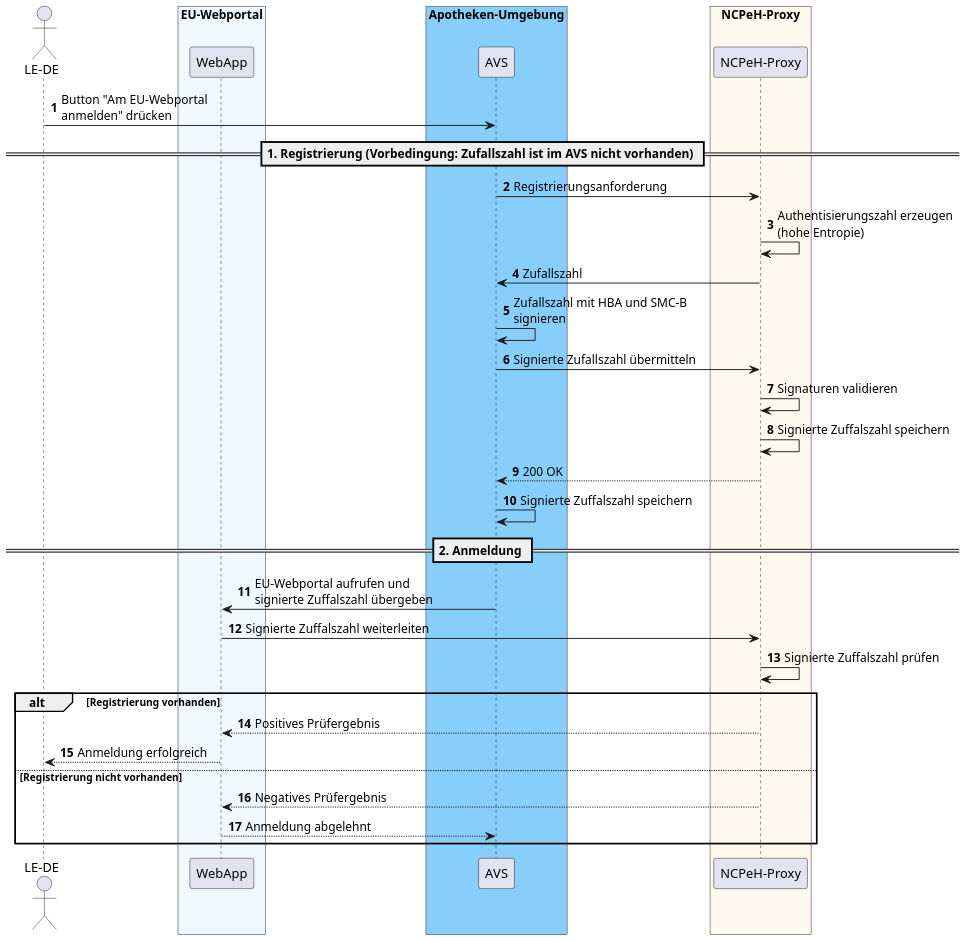
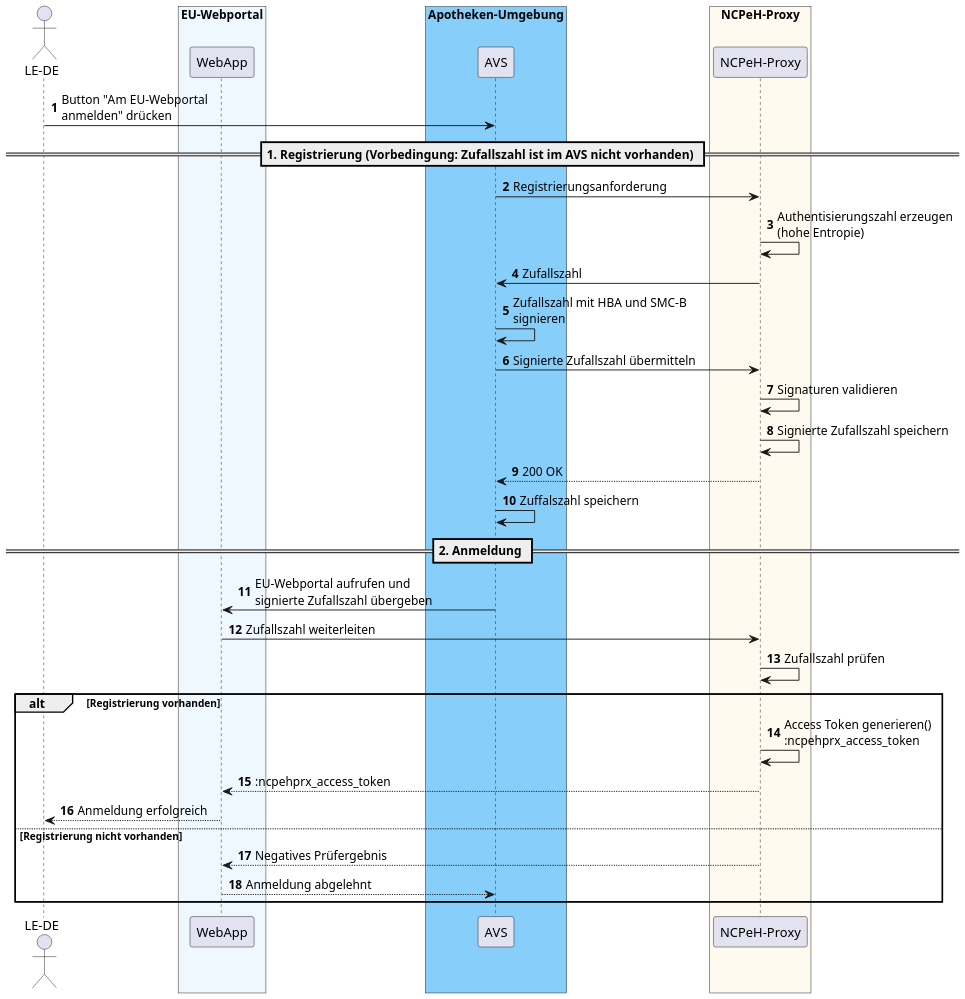
Before and after one commit to gematik/api-ncpeh: the diagram in src/images/feature/eped-b/auth/auth_seq-alternative4b.puml, drawn with PlantUML. The commit also changed 1 other file, not shown here.

```diff
--- a/src/images/feature/eped-b/auth/auth_seq-alternative4b.puml
+++ b/src/images/feature/eped-b/auth/auth_seq-alternative4b.puml
@@ -1,54 +1,55 @@
 @startuml
 !pragma PLS 8192
 
 skinparam maxMessageSize 200
 autonumber
 hide unlinked
 scale 1625 width
 
 actor "LE-DE" as User
 box "EU-Webportal" #AliceBlue
     participant "WebApp" as WebApp
 end box
 box "Apotheken-Umgebung" #LightSkyBlue
     participant "AVS" as AVS
 end box
 box "NCPeH-Proxy" #FloralWhite
     participant "NCPeH-Proxy" as Proxy
 end box
 
 
 
 User -> AVS: Button "Am EU-Webportal anmelden" drücken
 
 == 1. Registrierung (Vorbedingung: Zufallszahl ist im AVS nicht vorhanden) ==
 
 AVS -> Proxy: Registrierungsanforderung
 Proxy -> Proxy: Authentisierungszahl erzeugen (hohe Entropie)
 
 Proxy -> AVS: Zufallszahl
 
 AVS -> AVS: Zufallszahl mit HBA und SMC-B signieren
 
 AVS -> Proxy: Signierte Zufallszahl übermitteln
 
 Proxy -> Proxy: Signaturen validieren
-Proxy -> Proxy: Signierte Zuffalszahl speichern
+Proxy -> Proxy: Signierte Zufallszahl speichern
 Proxy --> AVS: 200 OK
 
-AVS -> AVS: Signierte Zuffalszahl speichern
+AVS -> AVS: Zuffalszahl speichern
 
 == 2. Anmeldung ==
 
-AVS -> WebApp: EU-Webportal aufrufen und signierte Zuffalszahl übergeben
-WebApp -> Proxy: Signierte Zuffalszahl weiterleiten
-Proxy -> Proxy: Signierte Zuffalszahl prüfen
+AVS -> WebApp: EU-Webportal aufrufen und signierte Zufallszahl übergeben
+WebApp -> Proxy: Zufallszahl weiterleiten
+Proxy -> Proxy: Zufallszahl prüfen
 alt Registrierung vorhanden
-    Proxy --> WebApp: Positives Prüfergebnis
+    Proxy -> Proxy: Access Token generieren() :ncpehprx_access_token
+    Proxy --> WebApp: :ncpehprx_access_token
     WebApp --> User: Anmeldung erfolgreich
 else Registrierung nicht vorhanden
     Proxy --> WebApp: Negatives Prüfergebnis
     WebApp --> AVS: Anmeldung abgelehnt
 end
 
 @enduml
```
